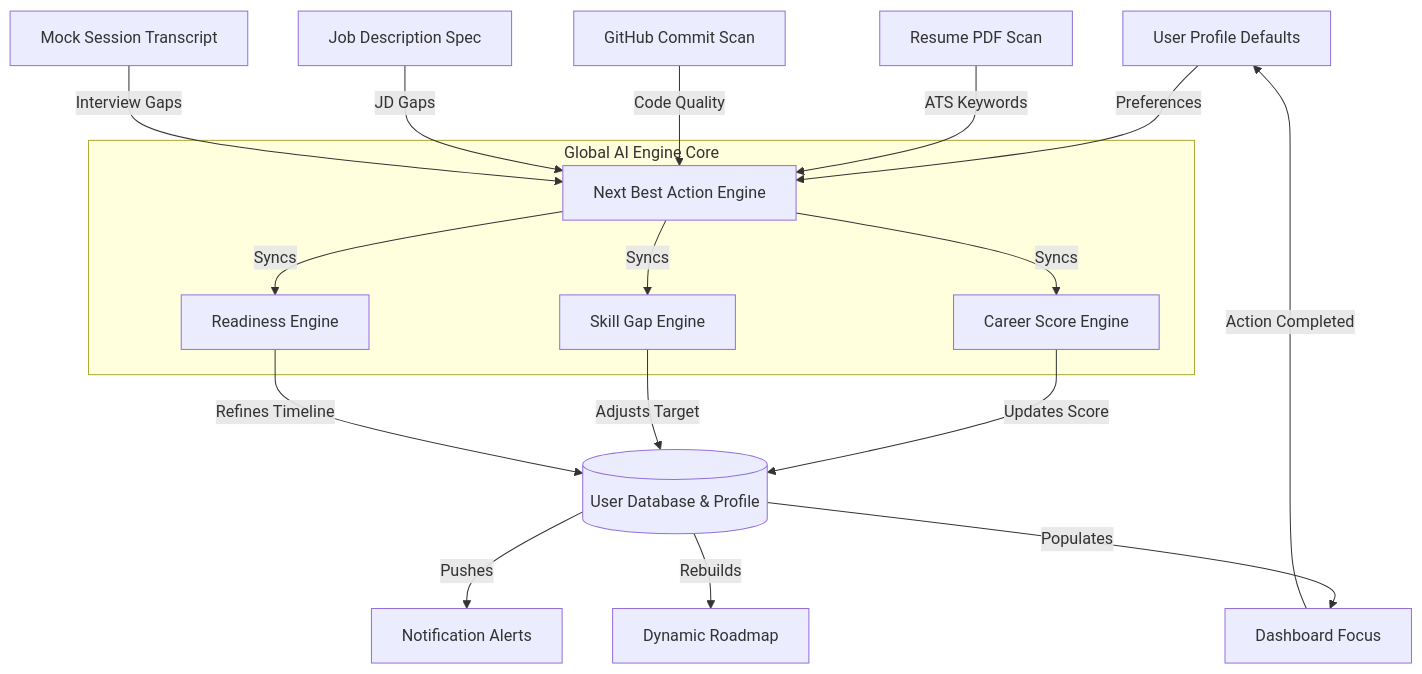
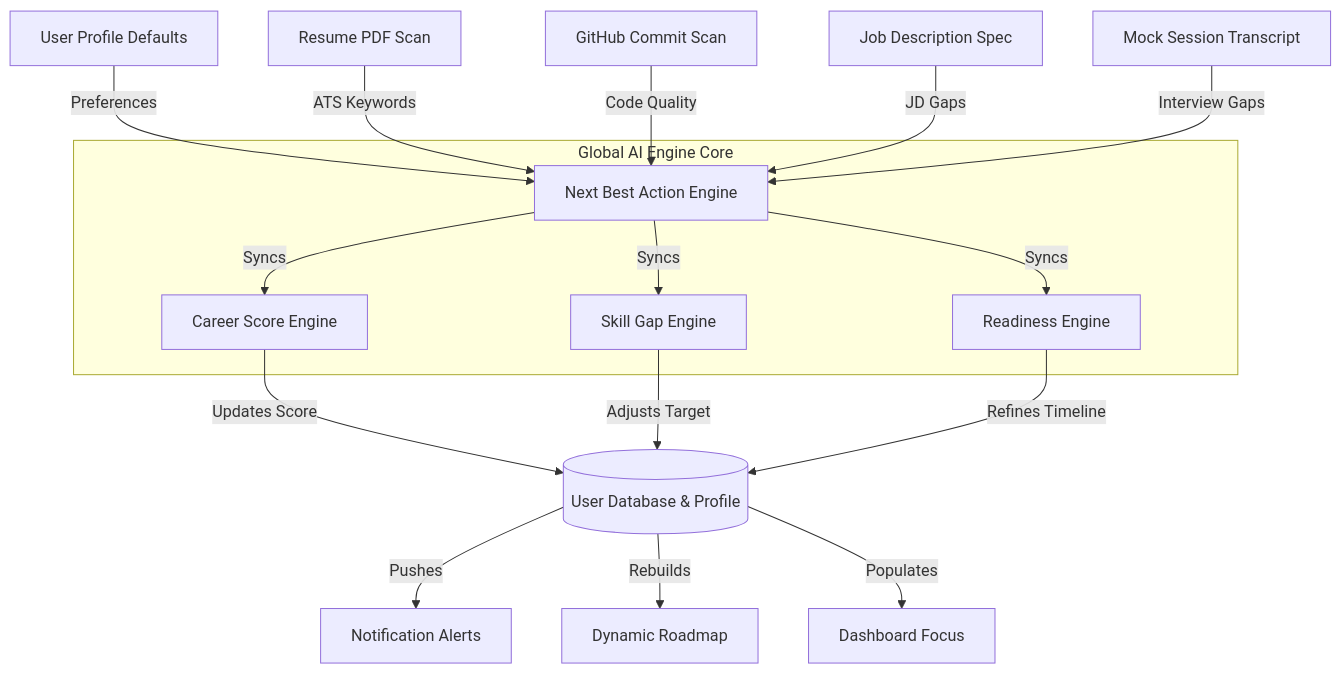
Before and after one commit to 24-Harshdeep/ai-career-platform: the diagram in docs/system_architecture_audit.md, drawn with Mermaid. The commit also changed other lines of this file and 137 other files, not shown here.

````diff
--- a/docs/system_architecture_audit.md
+++ b/docs/system_architecture_audit.md
@@ -26,30 +25,27 @@
 ```mermaid
 graph TD
     %% Inputs
     A[User Profile Defaults] -->|Preferences| NBA
     B[Resume PDF Scan] -->|ATS Keywords| NBA
     C[GitHub Commit Scan] -->|Code Quality| NBA
     D[Job Description Spec] -->|JD Gaps| NBA
     E[Mock Session Transcript] -->|Interview Gaps| NBA
     
     %% Engine Layer
     subgraph AI Decision Core [Global AI Engine Core]
         NBA[Next Best Action Engine]
         NBA -->|Syncs| CSE[Career Score Engine]
         NBA -->|Syncs| SGE[Skill Gap Engine]
         NBA -->|Syncs| PRE[Readiness Engine]
     end
 
     %% State Layer
     CSE -->|Updates Score| UDB[(User Database & Profile)]
     SGE -->|Adjusts Target| UDB
     PRE -->|Refines Timeline| UDB
 
     %% Outputs
     UDB -->|Pushes| NTF[Notification Alerts]
     UDB -->|Rebuilds| RDM[Dynamic Roadmap]
     UDB -->|Populates| DSH[Dashboard Focus]
-    
-    %% Feedback Loop
-    DSH -->|Action Completed| A
 ```
````
